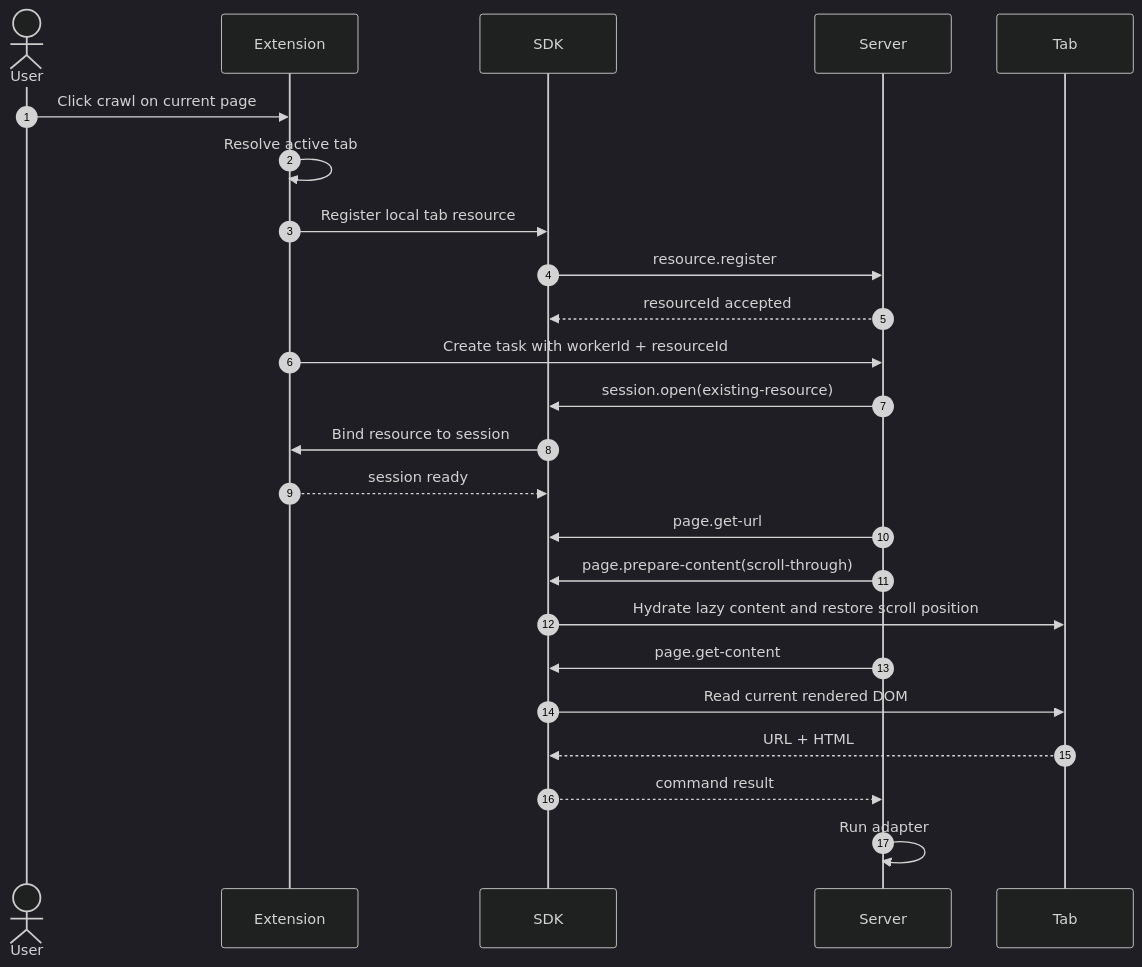
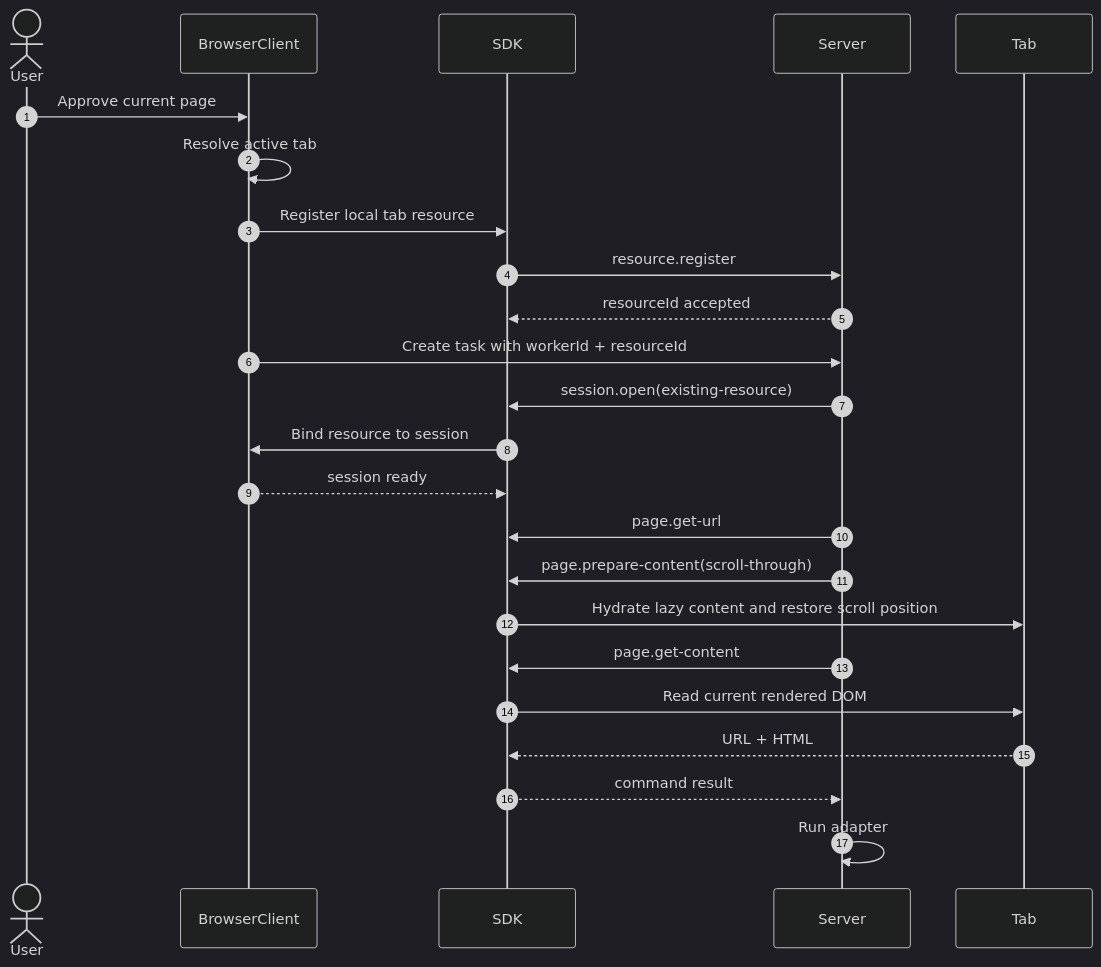
The third of 4 diagrams in docs/development/BROWSER_EXECUTION_MODES.md (luberserker0v0/comic-crawler), drawn with Mermaid (dark theme) before and after one commit. The commit also changed other lines of this file and 83 other files, not shown here.

Commit message:
feat: complete browser client and adapter lifecycle flows

````diff
--- a/docs/development/BROWSER_EXECUTION_MODES.md
+++ b/docs/development/BROWSER_EXECUTION_MODES.md
@@ -355,27 +355,27 @@
 ```mermaid
 sequenceDiagram
   autonumber
   actor User
-  participant Extension
+  participant BrowserClient
   participant SDK
   participant Server
   participant Tab
 
-  User->>Extension: Click crawl on current page
-  Extension->>Extension: Resolve active tab
-  Extension->>SDK: Register local tab resource
+  User->>BrowserClient: Approve current page
+  BrowserClient->>BrowserClient: Resolve active tab
+  BrowserClient->>SDK: Register local tab resource
   SDK->>Server: resource.register
   Server-->>SDK: resourceId accepted
-  Extension->>Server: Create task with workerId + resourceId
+  BrowserClient->>Server: Create task with workerId + resourceId
   Server->>SDK: session.open(existing-resource)
-  SDK->>Extension: Bind resource to session
-  Extension-->>SDK: session ready
+  SDK->>BrowserClient: Bind resource to session
+  BrowserClient-->>SDK: session ready
   Server->>SDK: page.get-url
   Server->>SDK: page.prepare-content(scroll-through)
   SDK->>Tab: Hydrate lazy content and restore scroll position
   Server->>SDK: page.get-content
   SDK->>Tab: Read current rendered DOM
   Tab-->>SDK: URL + HTML
   SDK-->>Server: command result
   Server->>Server: Run adapter
 ```
````
